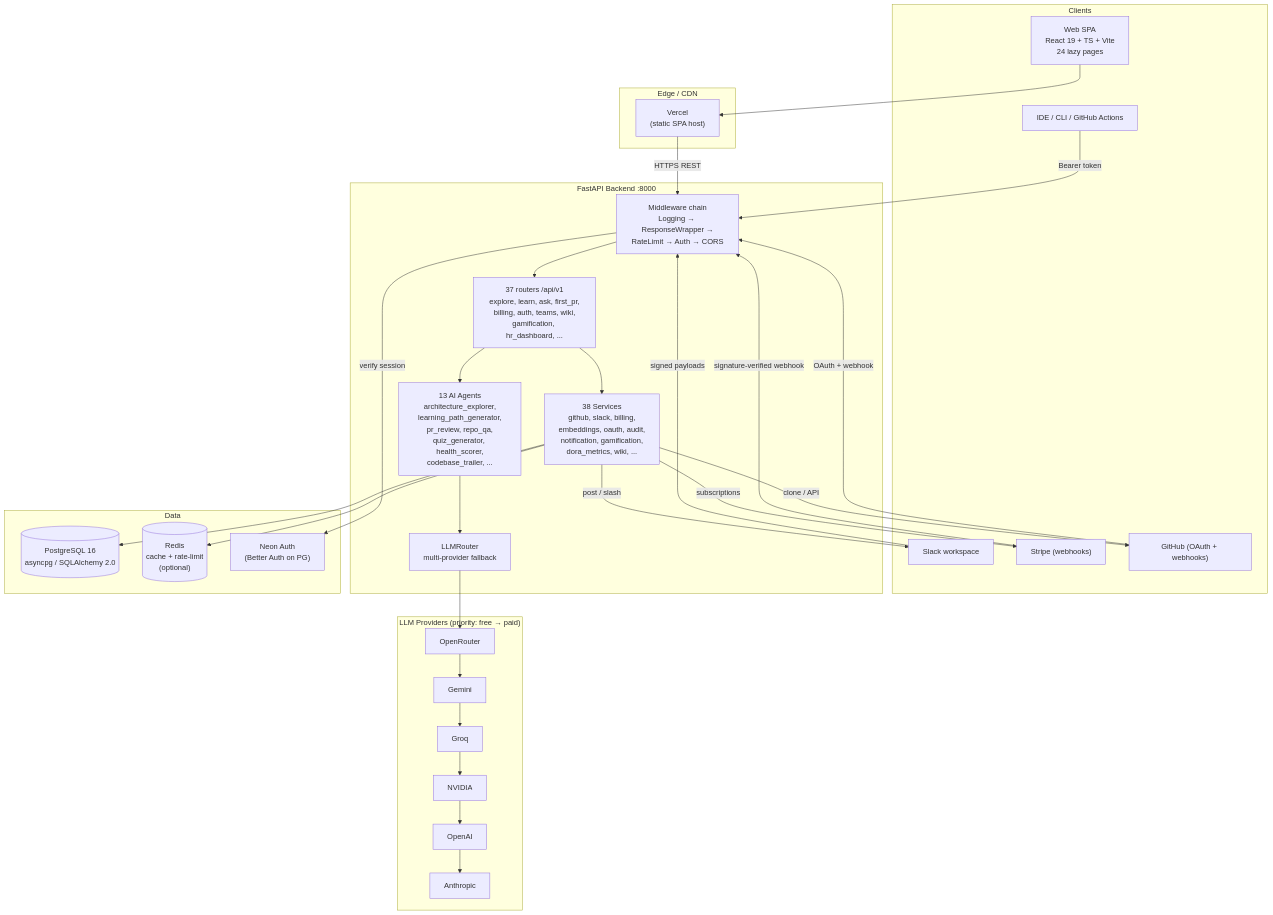
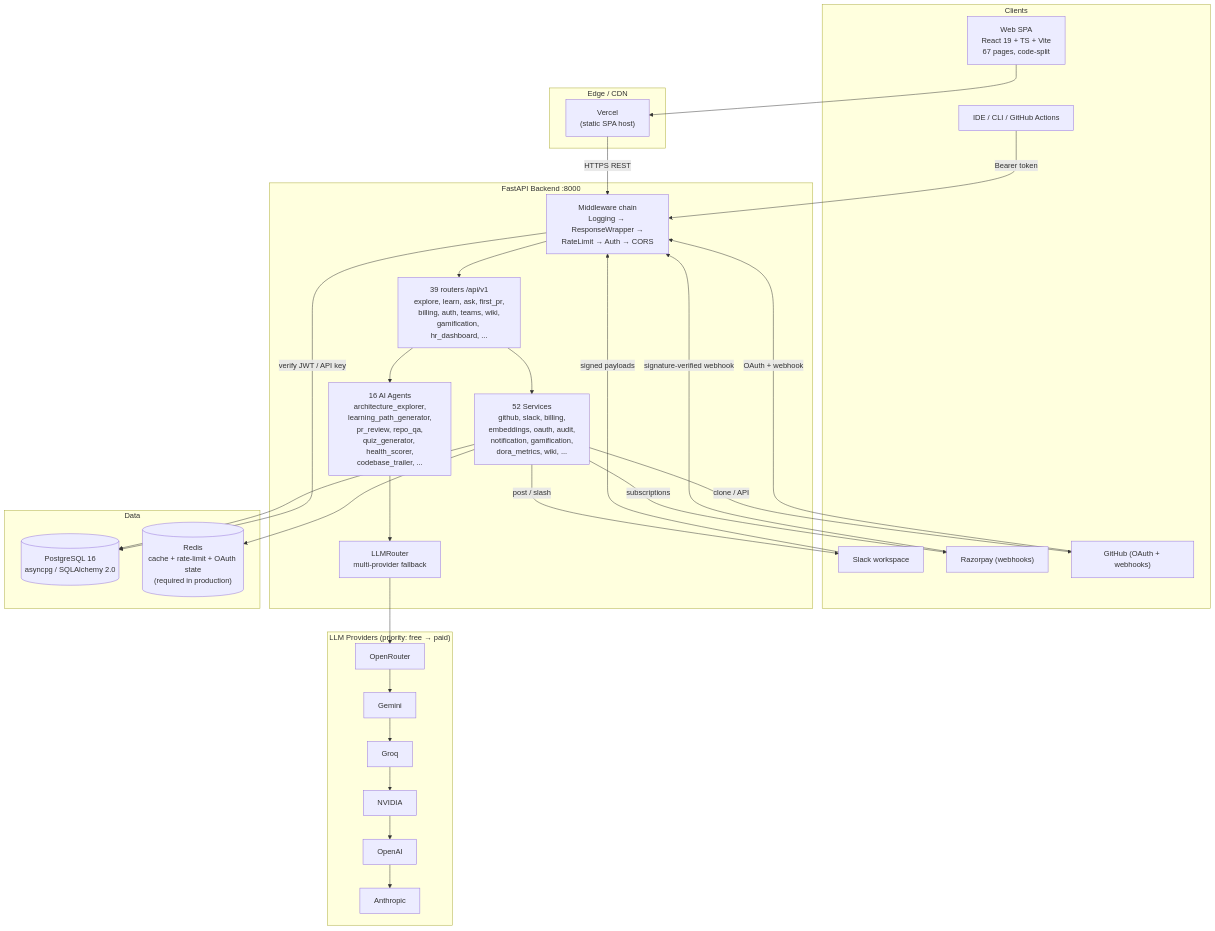
Before and after one commit to KunjShah95/onramp: the first of 5 diagrams in docs/ARCHITECTURE_DIAGRAM.md, drawn with Mermaid. The commit also changed other lines of this file and 38 other files, not shown here.

First line of the commit message:
feat: migrate payment processing from Stripe to Razorpay

````diff
--- a/docs/ARCHITECTURE_DIAGRAM.md
+++ b/docs/ARCHITECTURE_DIAGRAM.md
@@ -9,57 +9,56 @@
 ```mermaid
 graph TB
     subgraph Clients
-        WEB["Web SPA<br/>React 19 + TS + Vite<br/>24 lazy pages"]
+        WEB["Web SPA<br/>React 19 + TS + Vite<br/>67 pages, code-split"]
         IDE["IDE / CLI / GitHub Actions"]
         SLACKC["Slack workspace"]
-        STRIPEC["Stripe (webhooks)"]
+        RAZORC["Razorpay (webhooks)"]
         GH["GitHub (OAuth + webhooks)"]
     end
 
     subgraph Edge["Edge / CDN"]
         VERCEL["Vercel<br/>(static SPA host)"]
     end
 
     subgraph API["FastAPI Backend :8000"]
         MW["Middleware chain<br/>Logging → ResponseWrapper →<br/>RateLimit → Auth → CORS"]
-        ROUTERS["37 routers /api/v1<br/>explore, learn, ask, first_pr,<br/>billing, auth, teams, wiki,<br/>gamification, hr_dashboard, ..."]
-        AGENTS["13 AI Agents<br/>architecture_explorer,<br/>learning_path_generator,<br/>pr_review, repo_qa,<br/>quiz_generator, health_scorer,<br/>codebase_trailer, ..."]
-        SERVICES["38 Services<br/>github, slack, billing,<br/>embeddings, oauth, audit,<br/>notification, gamification,<br/>dora_metrics, wiki, ..."]
+        ROUTERS["39 routers /api/v1<br/>explore, learn, ask, first_pr,<br/>billing, auth, teams, wiki,<br/>gamification, hr_dashboard, ..."]
+        AGENTS["16 AI Agents<br/>architecture_explorer,<br/>learning_path_generator,<br/>pr_review, repo_qa,<br/>quiz_generator, health_scorer,<br/>codebase_trailer, ..."]
+        SERVICES["52 Services<br/>github, slack, billing,<br/>embeddings, oauth, audit,<br/>notification, gamification,<br/>dora_metrics, wiki, ..."]
         LLM["LLMRouter<br/>multi-provider fallback"]
     end
 
     subgraph Data
         PG[("PostgreSQL 16<br/>asyncpg / SQLAlchemy 2.0")]
-        REDIS[("Redis<br/>cache + rate-limit<br/>(optional)")]
-        AUTH["Neon Auth<br/>(Better Auth on PG)"]
+        REDIS[("Redis<br/>cache + rate-limit + OAuth state<br/>(required in production)")]
     end
 
     subgraph LLMProviders["LLM Providers (priority: free → paid)"]
         OR["OpenRouter"]
         GEM["Gemini"]
         GROQ["Groq"]
         NV["NVIDIA"]
         OAI["OpenAI"]
         ANT["Anthropic"]
     end
 
     WEB --> VERCEL
     VERCEL -->|HTTPS REST| MW
     IDE -->|Bearer token| MW
     SLACKC -->|signed payloads| MW
-    STRIPEC -->|signature-verified webhook| MW
+    RAZORC -->|signature-verified webhook| MW
     GH -->|OAuth + webhook| MW
 
     MW --> ROUTERS
     ROUTERS --> AGENTS
     ROUTERS --> SERVICES
     AGENTS --> LLM
     SERVICES --> PG
     SERVICES --> REDIS
-    MW -->|verify session| AUTH
+    MW -->|verify JWT / API key| PG
     SERVICES -->|clone / API| GH
     SERVICES -->|post / slash| SLACKC
-    SERVICES -->|subscriptions| STRIPEC
+    SERVICES -->|subscriptions| RAZORC
 
     LLM --> OR --> GEM --> GROQ --> NV --> OAI --> ANT
 ```
````
